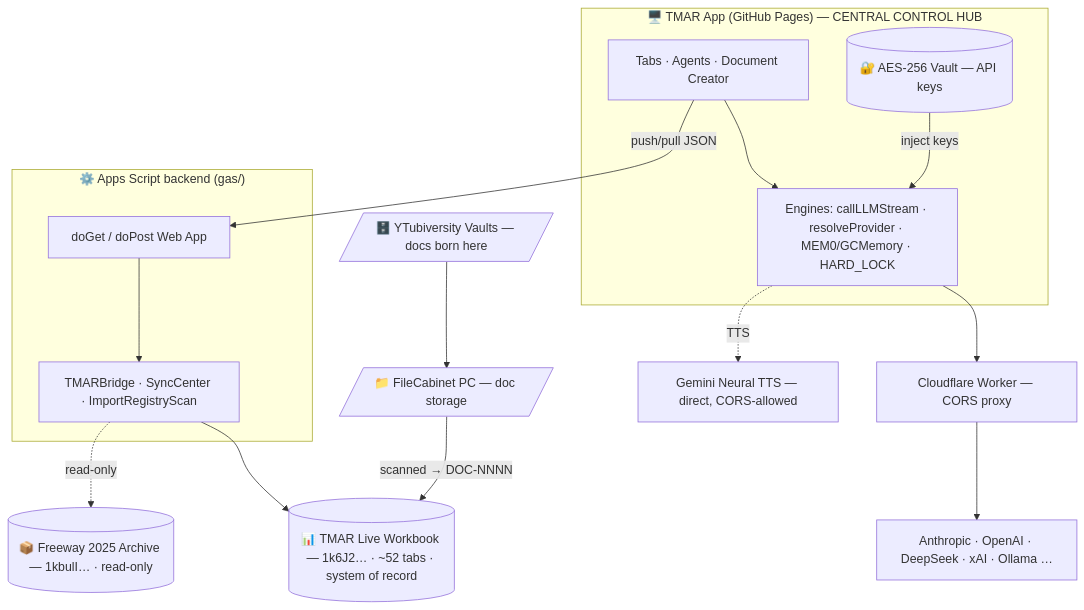
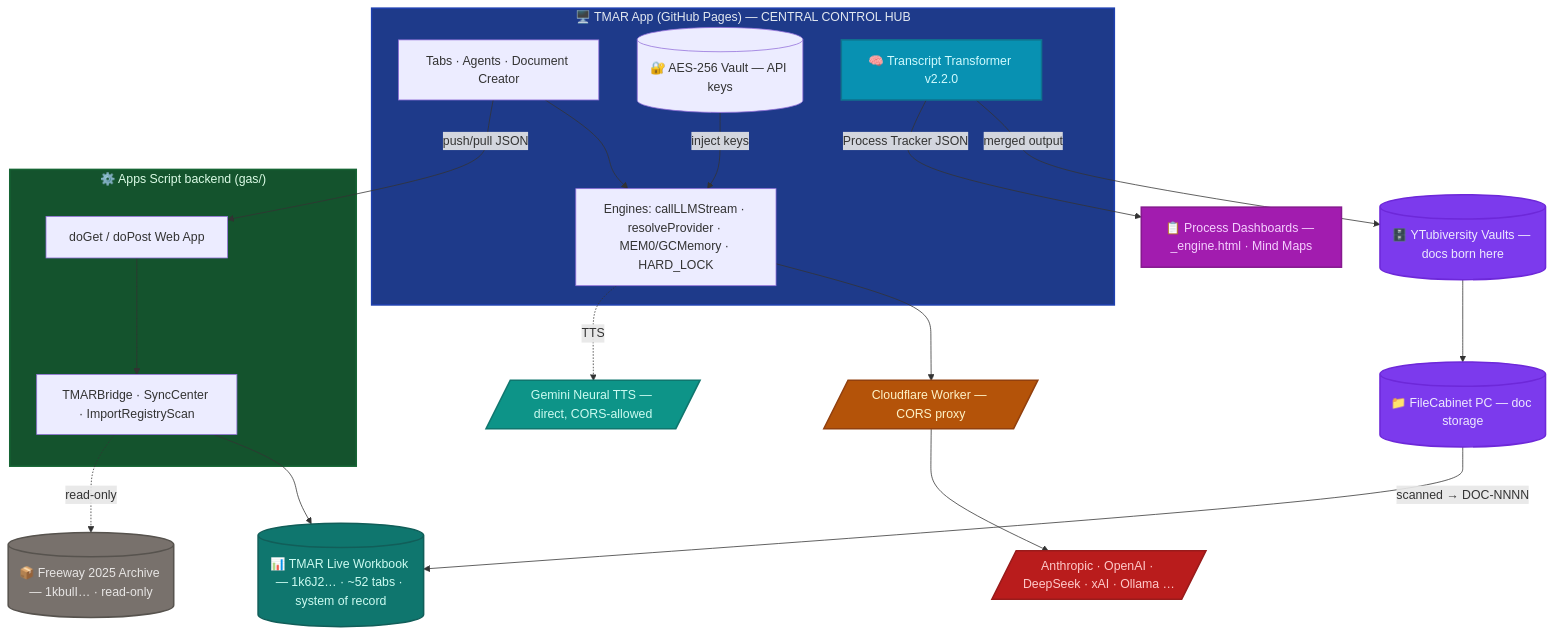
Before and after one commit to SlickVicious/TMAR-Accrual-Ledger: the diagram in README.md, drawn with Mermaid. The commit also changed other lines of this file and 5 other files, not shown here.

````diff
--- a/README.md
+++ b/README.md
@@ -27,29 +27,45 @@
 ```mermaid
 flowchart TD
     subgraph Browser["🖥️ TMAR App (GitHub Pages) — CENTRAL CONTROL HUB"]
-        UI[Tabs · Agents · Document Creator]
-        ENG[Engines: callLLMStream · resolveProvider · MEM0/GCMemory · HARD_LOCK]
-        VAULT[(🔐 AES-256 Vault — API keys)]
+        UI["Tabs · Agents · Document Creator"]
+        ENG["Engines: callLLMStream · resolveProvider · MEM0/GCMemory · HARD_LOCK"]
+        VAULT[("🔐 AES-256 Vault — API keys")]
+        TT["🧠 Transcript Transformer v2.2.0"]
     end
 
-    PROXY[Cloudflare Worker — CORS proxy]
-    LLM[Anthropic · OpenAI · DeepSeek · xAI · Ollama …]
-    GEMINI[Gemini Neural TTS — direct, CORS-allowed]
+    PROXY[/"Cloudflare Worker — CORS proxy"/]
+    LLM[/"Anthropic · OpenAI · DeepSeek · xAI · Ollama …"/]
+    GEMINI[/"Gemini Neural TTS — direct, CORS-allowed"/]
 
     subgraph GAS["⚙️ Apps Script backend (gas/)"]
-        WEBAPP[doGet / doPost Web App]
-        BRIDGE[TMARBridge · SyncCenter · ImportRegistryScan]
+        WEBAPP["doGet / doPost Web App"]
+        BRIDGE["TMARBridge · SyncCenter · ImportRegistryScan"]
     end
 
-    SHEET[(📊 TMAR Live Workbook — 1k6J2… · ~52 tabs · system of record)]
-    ARCHIVE[(📦 Freeway 2025 Archive — 1kbulI… · read-only)]
-    VAULTS[/🗄️ YTubiversity Vaults — docs born here/]
-    FILECAB[/📁 FileCabinet PC — doc storage/]
+    SHEET[("📊 TMAR Live Workbook — 1k6J2… · ~52 tabs · system of record")]
+    ARCHIVE[("📦 Freeway 2025 Archive — 1kbulI… · read-only")]
+    VAULTS[("🗄️ YTubiversity Vaults — docs born here")]
+    FILECAB[("📁 FileCabinet PC — doc storage")]
+    PROCESSES["📋 Process Dashboards — _engine.html · Mind Maps"]
 
     UI --> ENG --> PROXY --> LLM
     ENG -.->|TTS| GEMINI
     VAULT -->|inject keys| ENG
     UI -->|push/pull JSON| WEBAPP --> BRIDGE --> SHEET
     BRIDGE -. read-only .-> ARCHIVE
     VAULTS --> FILECAB -->|scanned → DOC-NNNN| SHEET
+    TT -->|merged output| VAULTS
+    TT -->|Process Tracker JSON| PROCESSES
+
+    style Browser fill:#1e3a8a,stroke:#1e40af,stroke-width:2px,color:#e2e8f0
+    style GAS fill:#14532d,stroke:#166534,stroke-width:2px,color:#dcfce7
+    style SHEET fill:#0f766e,stroke:#115e59,stroke-width:2px,color:#ccfbf1
+    style ARCHIVE fill:#78716c,stroke:#57534e,stroke-width:2px,color:#e7e5e4
+    style FILECAB fill:#7c3aed,stroke:#6d28d9,stroke-width:2px,color:#ede9fe
+    style VAULTS fill:#7c3aed,stroke:#6d28d9,stroke-width:2px,color:#ede9fe
+    style PROXY fill:#b45309,stroke:#92400e,stroke-width:2px,color:#fef3c7
+    style LLM fill:#b91c1c,stroke:#991b1b,stroke-width:2px,color:#fecaca
+    style GEMINI fill:#0d9488,stroke:#0f766e,stroke-width:2px,color:#ccfbf1
+    style TT fill:#0891b2,stroke:#0e7490,stroke-width:2px,color:#cffafe
+    style PROCESSES fill:#a21caf,stroke:#86198f,stroke-width:2px,color:#f5d0fe
 ```
````
